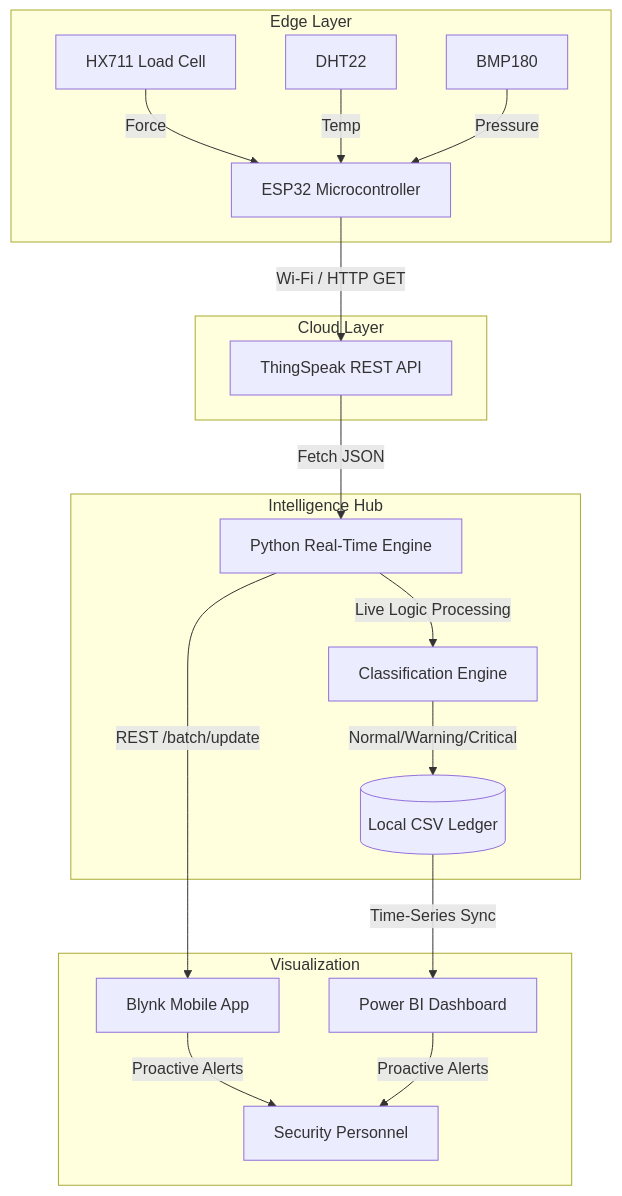
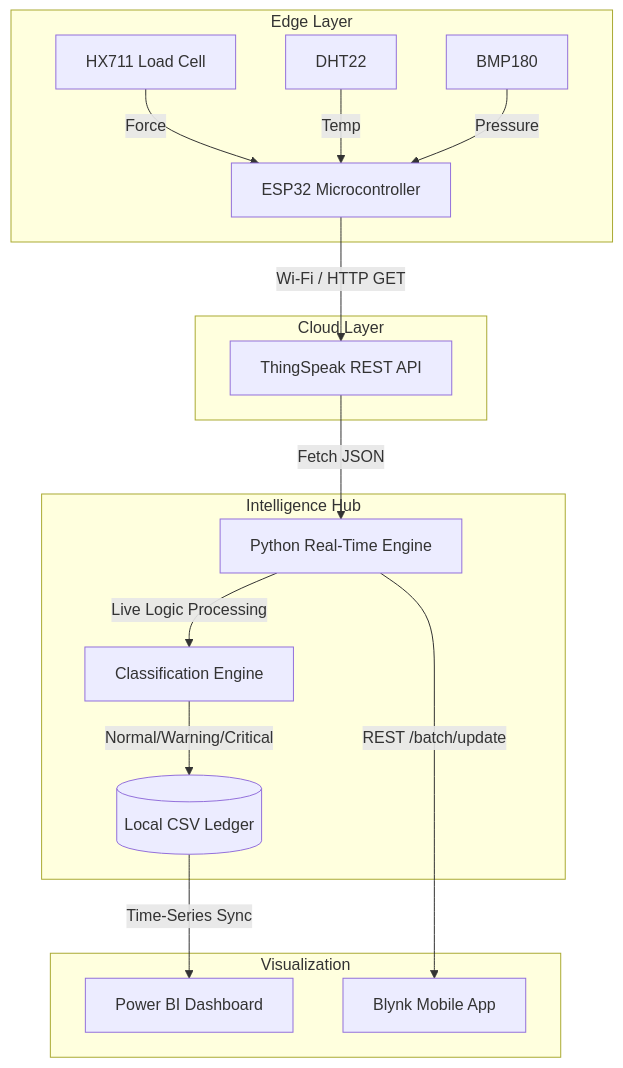
One commit to alan61503/L-T---team-2 changed the diagram in stressnet_project_documentation.md. Above: the diagram before and after it, drawn with Mermaid.

````diff
--- a/stressnet_project_documentation.md
+++ b/stressnet_project_documentation.md
@@ -21,26 +21,25 @@
 ```mermaid
 graph TD
     subgraph Edge Layer
         A[ESP32 Microcontroller]
         L[HX711 Load Cell] -->|Force| A
         T[DHT22] -->|Temp| A
         P[BMP180] -->|Pressure| A
     end
 
     subgraph Cloud Layer
         A -->|Wi-Fi / HTTP GET| B[ThingSpeak REST API]
     end
 
     subgraph Intelligence Hub
         B -->|Fetch JSON| C[Python Real-Time Engine]
         C -->|Live Logic Processing| D[Classification Engine]
         D -->|Normal/Warning/Critical| E[(Local CSV Ledger)]
     end
 
     subgraph Visualization
         E -->|Time-Series Sync| F[Power BI Dashboard]
         C -->|REST /batch/update| H[Blynk Mobile App]
-        H -->|Proactive Alerts| G[Security Personnel]
-        F -->|Proactive Alerts| G
+      
     end
 ```
````
